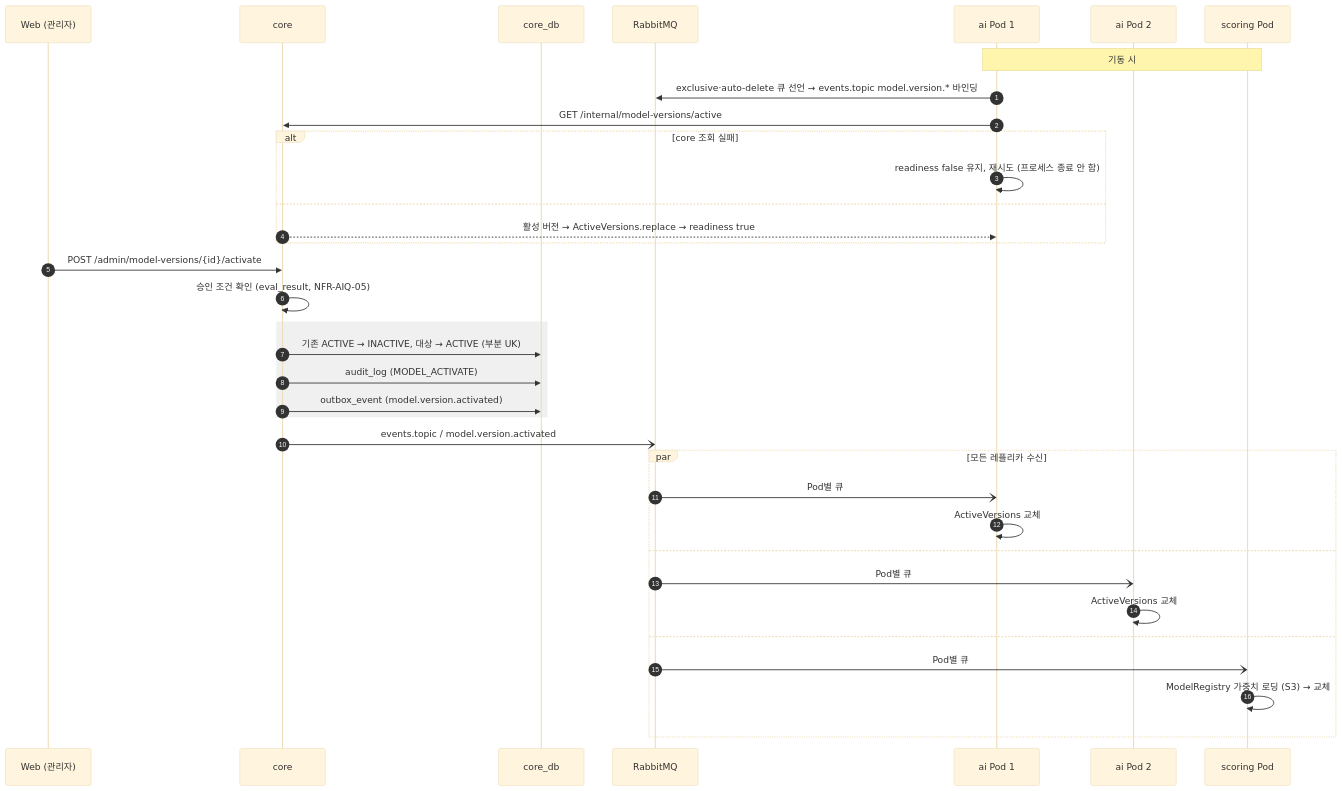
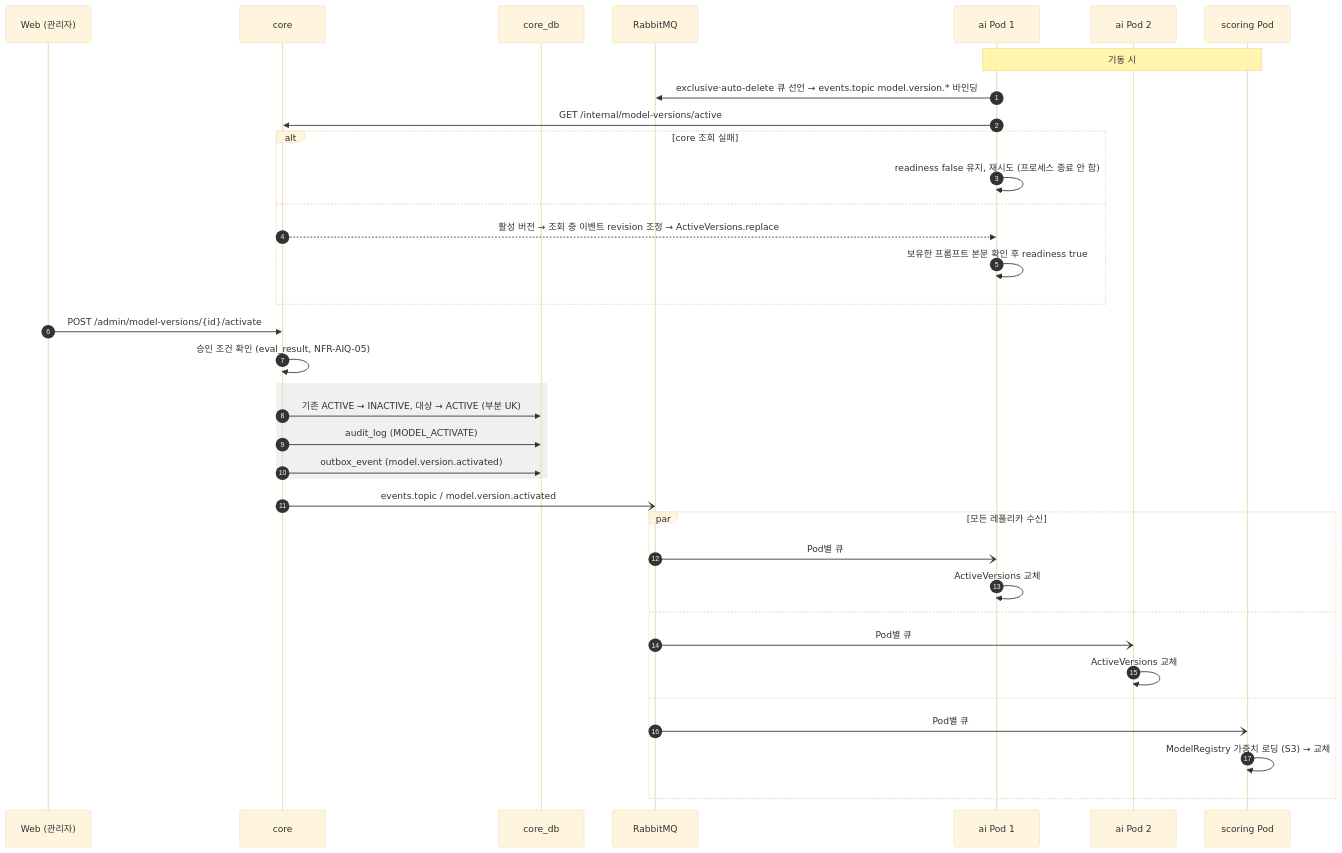
Before and after one commit to SKNETWORKS-FAMILY-AICAMP/SKN34-FINAL-3TEAM: diagram 19 of 22 in docs/design/sequence-diagram.md, drawn with Mermaid (base theme). The commit also changed other lines of this file and 25 other files, not shown here.

````diff
--- a/docs/design/sequence-diagram.md
+++ b/docs/design/sequence-diagram.md
@@ -849,39 +849,40 @@
 ```mermaid
 sequenceDiagram
   autonumber
   participant AW as Web (관리자)
   participant C as core
   participant DB as core_db
   participant MQ as RabbitMQ
   participant A1 as ai Pod 1
   participant A2 as ai Pod 2
   participant S as scoring Pod
 
   Note over A1,S: 기동 시
   A1->>MQ: exclusive·auto-delete 큐 선언 → events.topic model.version.* 바인딩
   A1->>C: GET /internal/model-versions/active
   alt core 조회 실패
     A1->>A1: readiness false 유지, 재시도 (프로세스 종료 안 함)
   else
-    C-->>A1: 활성 버전 → ActiveVersions.replace → readiness true
+    C-->>A1: 활성 버전 → 조회 중 이벤트 revision 조정 → ActiveVersions.replace
+    A1->>A1: 보유한 프롬프트 본문 확인 후 readiness true
   end
 
   AW->>C: POST /admin/model-versions/{id}/activate
   C->>C: 승인 조건 확인 (eval_result, NFR-AIQ-05)
   rect rgba(128,128,128,0.12)
     C->>DB: 기존 ACTIVE → INACTIVE, 대상 → ACTIVE (부분 UK)
     C->>DB: audit_log (MODEL_ACTIVATE)
     C->>DB: outbox_event (model.version.activated)
   end
   C-)MQ: events.topic / model.version.activated
   par 모든 레플리카 수신
     MQ-)A1: Pod별 큐
     A1->>A1: ActiveVersions 교체
   and
     MQ-)A2: Pod별 큐
     A2->>A2: ActiveVersions 교체
   and
     MQ-)S: Pod별 큐
     S->>S: ModelRegistry 가중치 로딩 (S3) → 교체
   end
 ```
````
